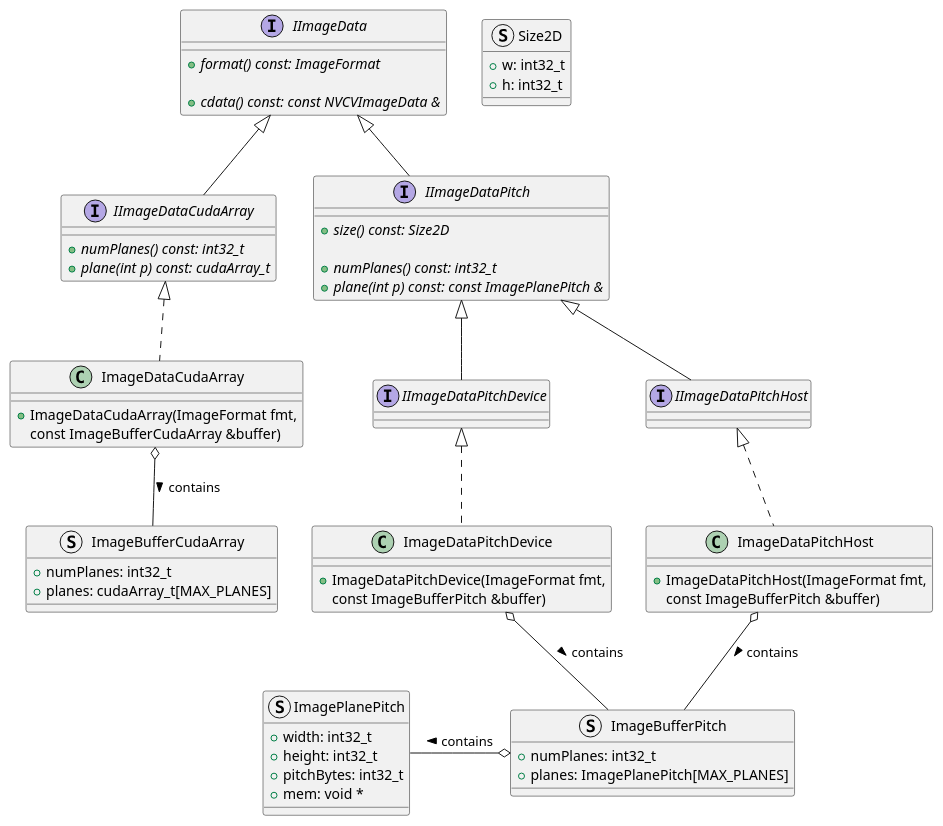
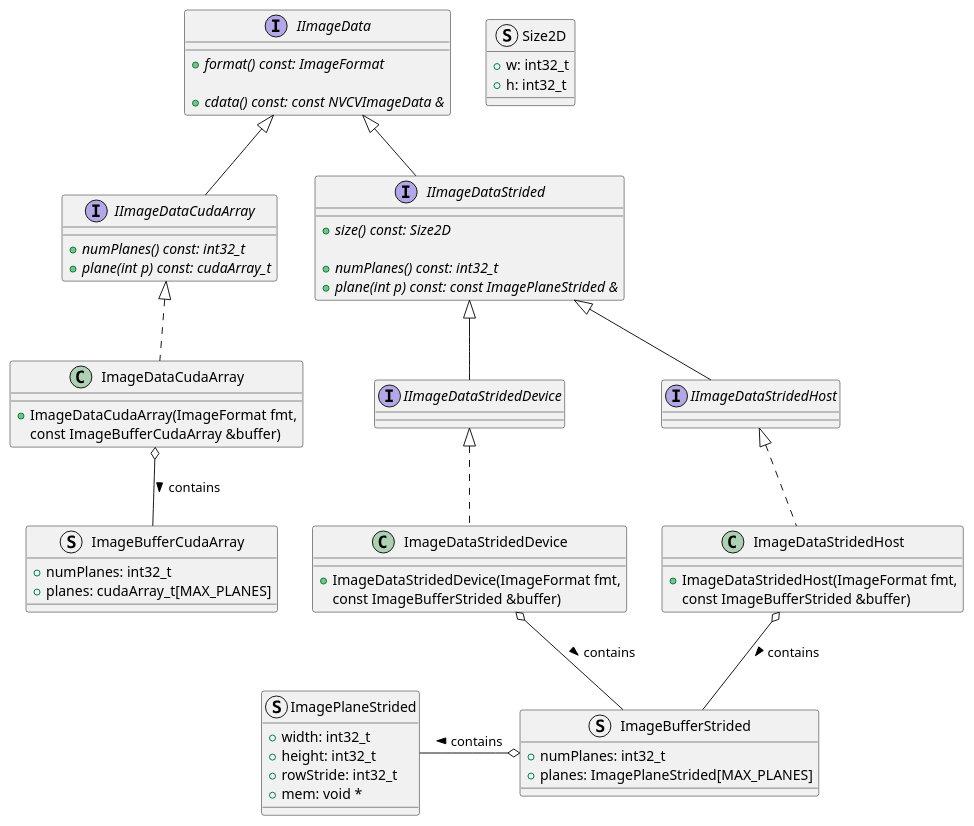
The diagram in docs/design/image_data_classes.puml (JanuszL/CV-CUDA), drawn with PlantUML before and after one commit. The commit also changed 154 other files, not shown here.

```diff
--- a/docs/design/image_data_classes.puml
+++ b/docs/design/image_data_classes.puml
@@ -13,82 +13,82 @@
 @startuml
 
 interface IImageData
 {
     + {abstract} format() const: ImageFormat
 
     + {abstract} cdata() const: const NVCVImageData &
 }
 
 interface IImageDataCudaArray extends IImageData
 {
     + {abstract} numPlanes() const: int32_t
     + {abstract} plane(int p) const: cudaArray_t
 }
 
 struct Size2D
 {
     + w: int32_t
     + h: int32_t
 }
 
-struct ImagePlanePitch
+struct ImagePlaneStrided
 {
     + width: int32_t
     + height: int32_t
-    + pitchBytes: int32_t
+    + rowStride: int32_t
     + mem: void *
 }
 
-interface IImageDataPitch extends IImageData
+interface IImageDataStrided extends IImageData
 {
     + {abstract} size() const: Size2D
 
     + {abstract} numPlanes() const: int32_t
-    + {abstract} plane(int p) const: const ImagePlanePitch &
+    + {abstract} plane(int p) const: const ImagePlaneStrided &
 }
 
-interface IImageDataPitchDevice implements IImageDataPitch
+interface IImageDataStridedDevice implements IImageDataStrided
 {
 }
 
-interface IImageDataPitchHost implements IImageDataPitch
+interface IImageDataStridedHost implements IImageDataStrided
 {
 }
 
 struct ImageBufferCudaArray
 {
     + numPlanes: int32_t
     + planes: cudaArray_t[MAX_PLANES]
 }
 
 class ImageDataCudaArray implements IImageDataCudaArray
 {
     + ImageDataCudaArray(ImageFormat fmt,
                          const ImageBufferCudaArray &buffer)
 }
 
-struct ImageBufferPitch
+struct ImageBufferStrided
 {
     + numPlanes: int32_t
-    + planes: ImagePlanePitch[MAX_PLANES]
+    + planes: ImagePlaneStrided[MAX_PLANES]
 }
 
-class ImageDataPitchDevice implements IImageDataPitchDevice
+class ImageDataStridedDevice implements IImageDataStridedDevice
 {
-    + ImageDataPitchDevice(ImageFormat fmt,
-                           const ImageBufferPitch &buffer)
+    + ImageDataStridedDevice(ImageFormat fmt,
+                           const ImageBufferStrided &buffer)
 }
 
-class ImageDataPitchHost implements IImageDataPitchHost
+class ImageDataStridedHost implements IImageDataStridedHost
 {
-    + ImageDataPitchHost(ImageFormat fmt,
-                         const ImageBufferPitch &buffer)
+    + ImageDataStridedHost(ImageFormat fmt,
+                         const ImageBufferStrided &buffer)
 }
 
-ImageBufferPitch -up-o ImageDataPitchHost: contains <
-ImageBufferPitch -up-o ImageDataPitchDevice: contains <
-ImagePlanePitch -right-o ImageBufferPitch: contains <
+ImageBufferStrided -up-o ImageDataStridedHost: contains <
+ImageBufferStrided -up-o ImageDataStridedDevice: contains <
+ImagePlaneStrided -right-o ImageBufferStrided: contains <
 
 ImageBufferCudaArray -up-o ImageDataCudaArray: contains <
 
 @enduml
```
